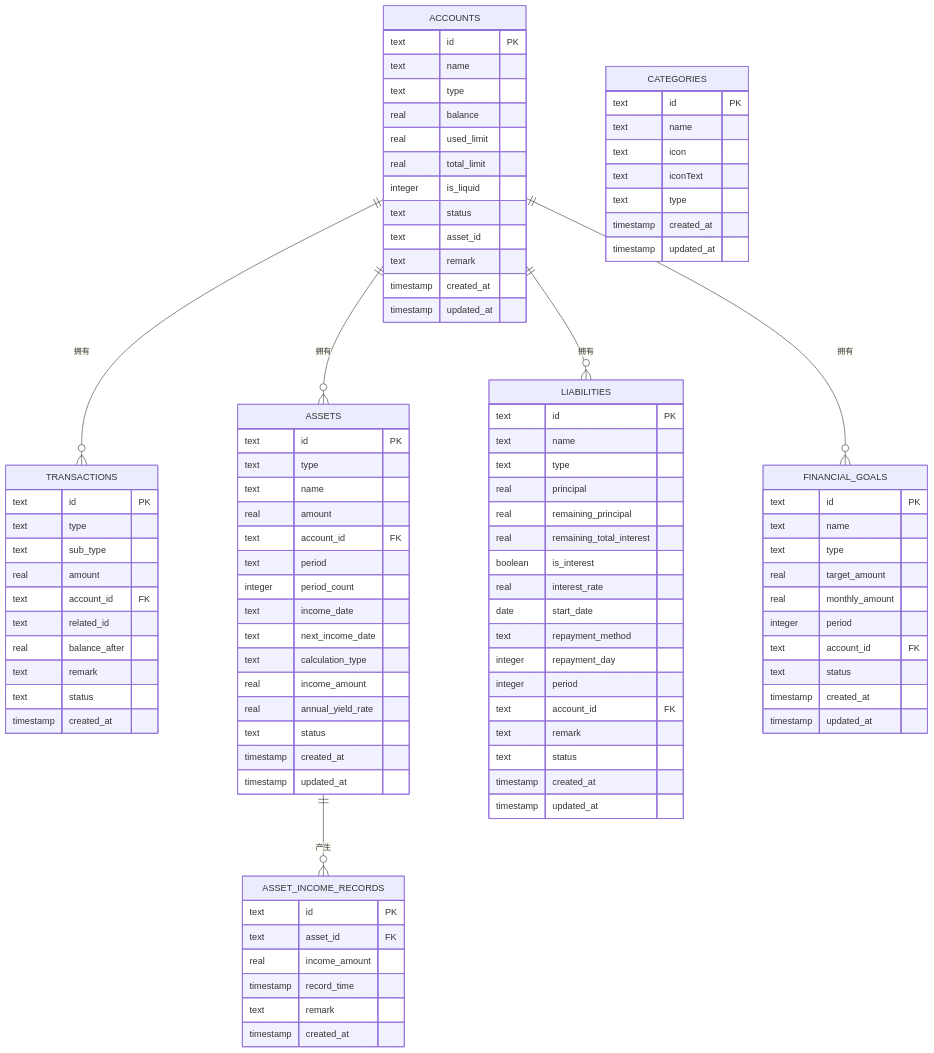
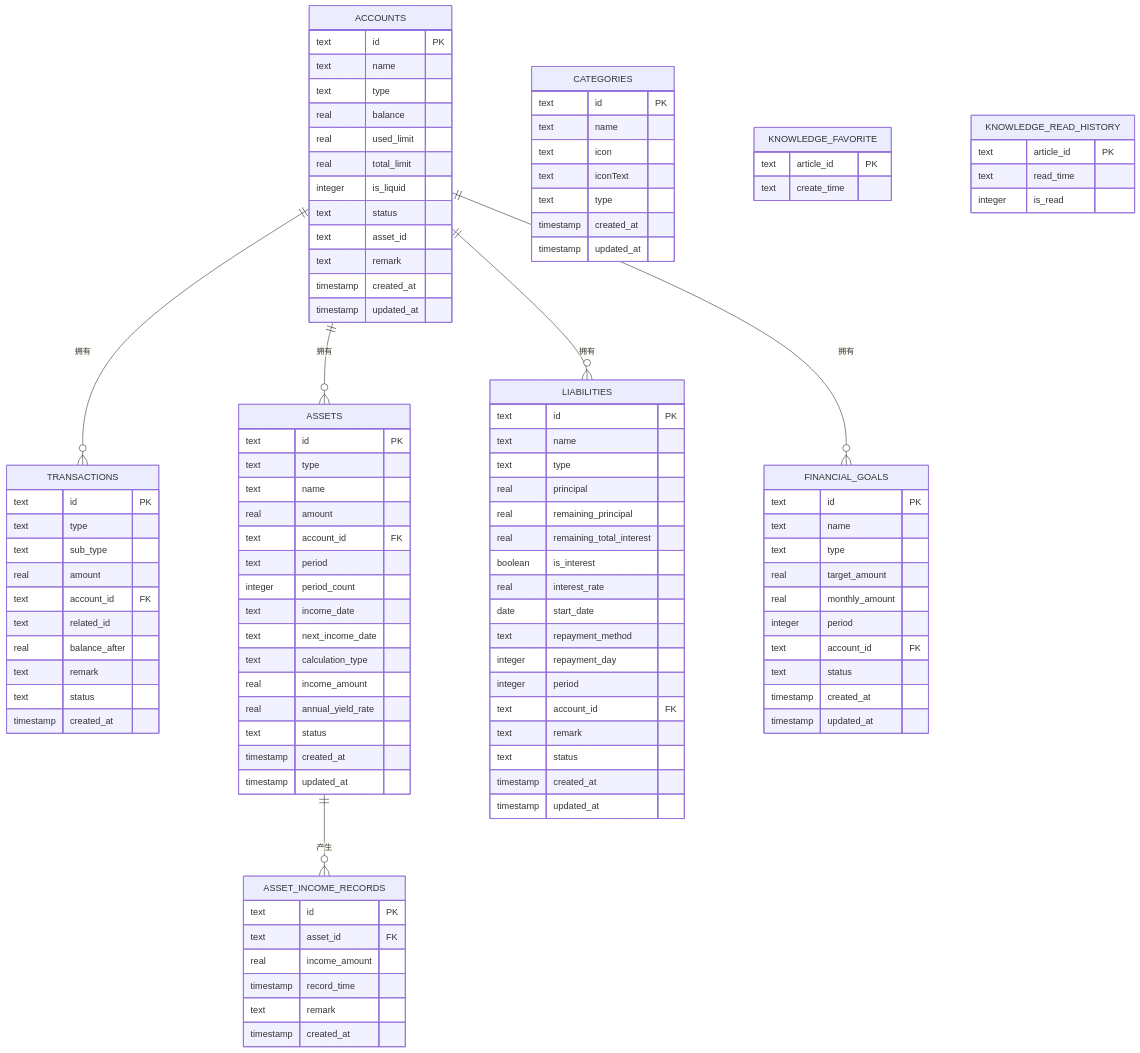
The third of 11 diagrams in .qoder/repowiki/zh/content/数据库管理/数据库设计.md (xiao-lin-unit/yuan), drawn with Mermaid before and after one commit. The commit also changed other lines of this file and 16 other files, not shown here.

Commit message:
图片和图标处理

```diff
--- a/.qoder/repowiki/zh/content/数据库管理/数据库设计.md
+++ b/.qoder/repowiki/zh/content/数据库管理/数据库设计.md
@@ -355,6 +384,15 @@
 timestamp created_at
 timestamp updated_at
 }
+KNOWLEDGE_FAVORITE {
+text article_id PK
+text create_time
+}
+KNOWLEDGE_READ_HISTORY {
+text article_id PK
+text read_time
+integer is_read
+}
 ACCOUNTS ||--o{ TRANSACTIONS : "拥有"
 ACCOUNTS ||--o{ ASSETS : "拥有"
 ASSETS ||--o{ ASSET_INCOME_RECORDS : "产生"
```
